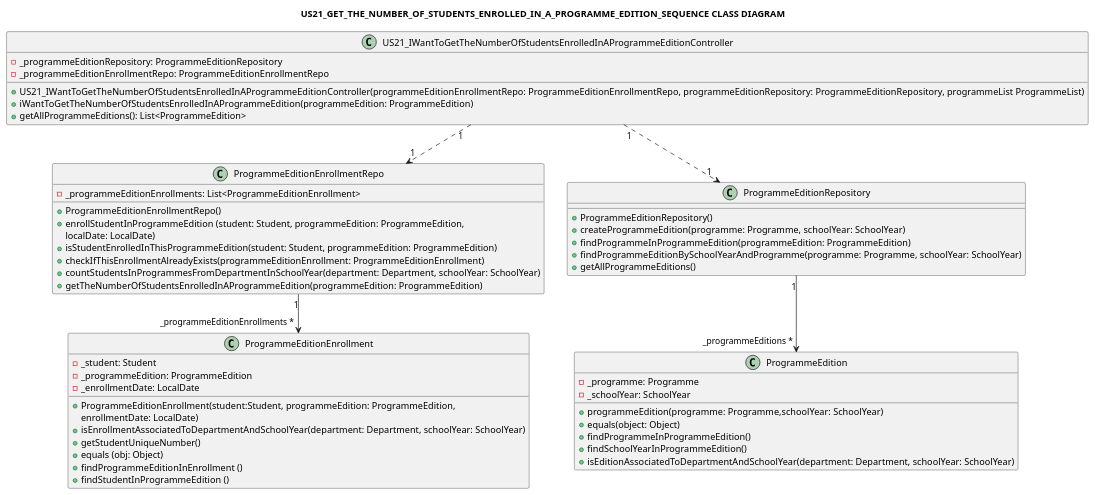
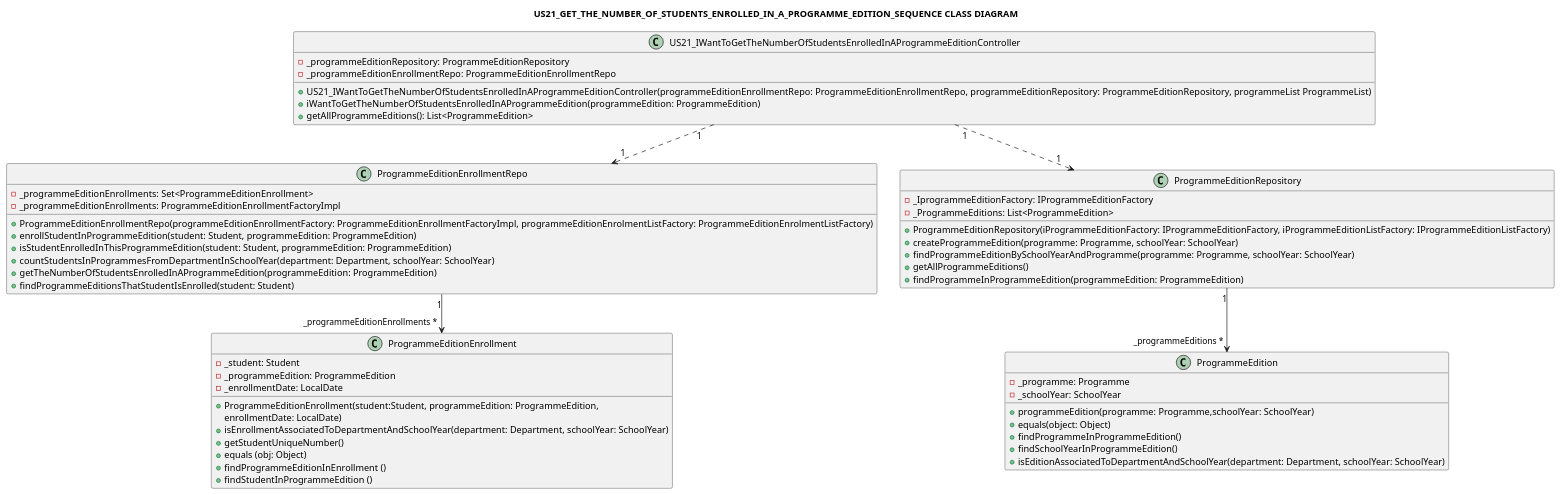
Before and after one commit to GasparISEP/DevOps-PAI: the diagram in docs/US21/US21_IWantToGetTheNumberOfStudentsEnrolledInAProgrammeEdition_ClassDiagram.puml, drawn with PlantUML.

Commit message:
US21_ClassDiagram: Update atributtes and methods for each class

```diff
--- a/docs/US21/US21_IWantToGetTheNumberOfStudentsEnrolledInAProgrammeEdition_ClassDiagram.puml
+++ b/docs/US21/US21_IWantToGetTheNumberOfStudentsEnrolledInAProgrammeEdition_ClassDiagram.puml
@@ -1,61 +1,63 @@
 @startuml
 
 title: US21_GET_THE_NUMBER_OF_STUDENTS_ENROLLED_IN_A_PROGRAMME_EDITION_SEQUENCE CLASS DIAGRAM
 
 class US21_IWantToGetTheNumberOfStudentsEnrolledInAProgrammeEditionController {
     -_programmeEditionRepository: ProgrammeEditionRepository
     -_programmeEditionEnrollmentRepo: ProgrammeEditionEnrollmentRepo
     +US21_IWantToGetTheNumberOfStudentsEnrolledInAProgrammeEditionController(programmeEditionEnrollmentRepo: ProgrammeEditionEnrollmentRepo, programmeEditionRepository: ProgrammeEditionRepository, programmeList ProgrammeList)
     +iWantToGetTheNumberOfStudentsEnrolledInAProgrammeEdition(programmeEdition: ProgrammeEdition)
     +getAllProgrammeEditions(): List<ProgrammeEdition>
 }
 
 class ProgrammeEditionEnrollmentRepo {
-    -_programmeEditionEnrollments: List<ProgrammeEditionEnrollment>
-    +ProgrammeEditionEnrollmentRepo()
-    +enrollStudentInProgrammeEdition (student: Student, programmeEdition: ProgrammeEdition,
-    localDate: LocalDate)
+    -_programmeEditionEnrollments: Set<ProgrammeEditionEnrollment>
+    -_programmeEditionEnrollments: ProgrammeEditionEnrollmentFactoryImpl
+    +ProgrammeEditionEnrollmentRepo(programmeEditionEnrollmentFactory: ProgrammeEditionEnrollmentFactoryImpl, programmeEditionEnrolmentListFactory: ProgrammeEditionEnrolmentListFactory)
+    +enrollStudentInProgrammeEdition(student: Student, programmeEdition: ProgrammeEdition)
     +isStudentEnrolledInThisProgrammeEdition(student: Student, programmeEdition: ProgrammeEdition)
-    +checkIfThisEnrollmentAlreadyExists(programmeEditionEnrollment: ProgrammeEditionEnrollment)
     +countStudentsInProgrammesFromDepartmentInSchoolYear(department: Department, schoolYear: SchoolYear)
     +getTheNumberOfStudentsEnrolledInAProgrammeEdition(programmeEdition: ProgrammeEdition)
+    +findProgrammeEditionsThatStudentIsEnrolled(student: Student)
 }
 
 class ProgrammeEditionRepository {
-    +ProgrammeEditionRepository()
+    -_IprogrammeEditionFactory: IProgrammeEditionFactory
+    -_ProgrammeEditions: List<ProgrammeEdition>
+    +ProgrammeEditionRepository(iProgrammeEditionFactory: IProgrammeEditionFactory, iProgrammeEditionListFactory: IProgrammeEditionListFactory)
     +createProgrammeEdition(programme: Programme, schoolYear: SchoolYear)
-    +findProgrammeInProgrammeEdition(programmeEdition: ProgrammeEdition)
     +findProgrammeEditionBySchoolYearAndProgramme(programme: Programme, schoolYear: SchoolYear)
     +getAllProgrammeEditions()
+    +findProgrammeInProgrammeEdition(programmeEdition: ProgrammeEdition)
 }
 
 class ProgrammeEditionEnrollment {
     -_student: Student
     -_programmeEdition: ProgrammeEdition
     -_enrollmentDate: LocalDate
     +ProgrammeEditionEnrollment(student:Student, programmeEdition: ProgrammeEdition,
      enrollmentDate: LocalDate)
     +isEnrollmentAssociatedToDepartmentAndSchoolYear(department: Department, schoolYear: SchoolYear)
     +getStudentUniqueNumber()
     +equals (obj: Object)
     +findProgrammeEditionInEnrollment ()
     +findStudentInProgrammeEdition ()
 }
 
 class ProgrammeEdition {
     -_programme: Programme
     -_schoolYear: SchoolYear
     +programmeEdition(programme: Programme,schoolYear: SchoolYear)
     +equals(object: Object)
     +findProgrammeInProgrammeEdition()
     +findSchoolYearInProgrammeEdition()
     +isEditionAssociatedToDepartmentAndSchoolYear(department: Department, schoolYear: SchoolYear)
 }
 
 
 US21_IWantToGetTheNumberOfStudentsEnrolledInAProgrammeEditionController "1" ..> "1" ProgrammeEditionRepository
 US21_IWantToGetTheNumberOfStudentsEnrolledInAProgrammeEditionController "1" ..> "1" ProgrammeEditionEnrollmentRepo
 ProgrammeEditionEnrollmentRepo "1" --> "_programmeEditionEnrollments *" ProgrammeEditionEnrollment
 ProgrammeEditionRepository "1" --> "_programmeEditions *" ProgrammeEdition
 
 @enduml
```
